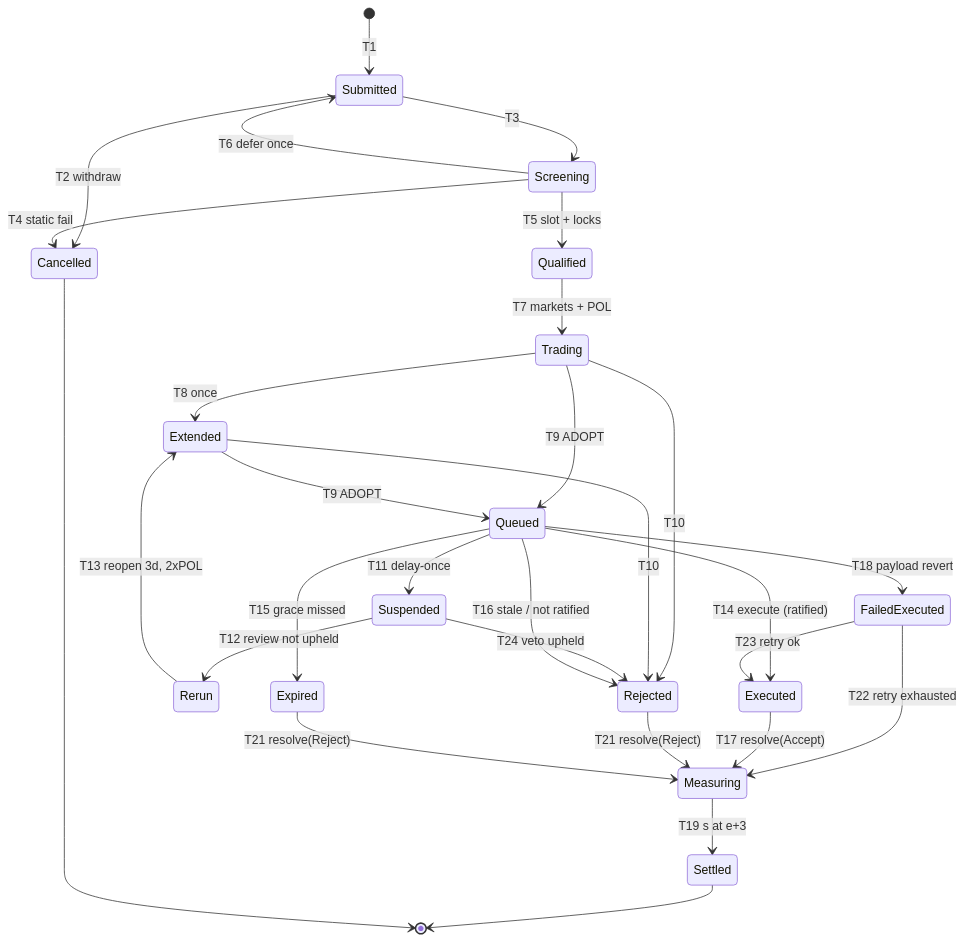
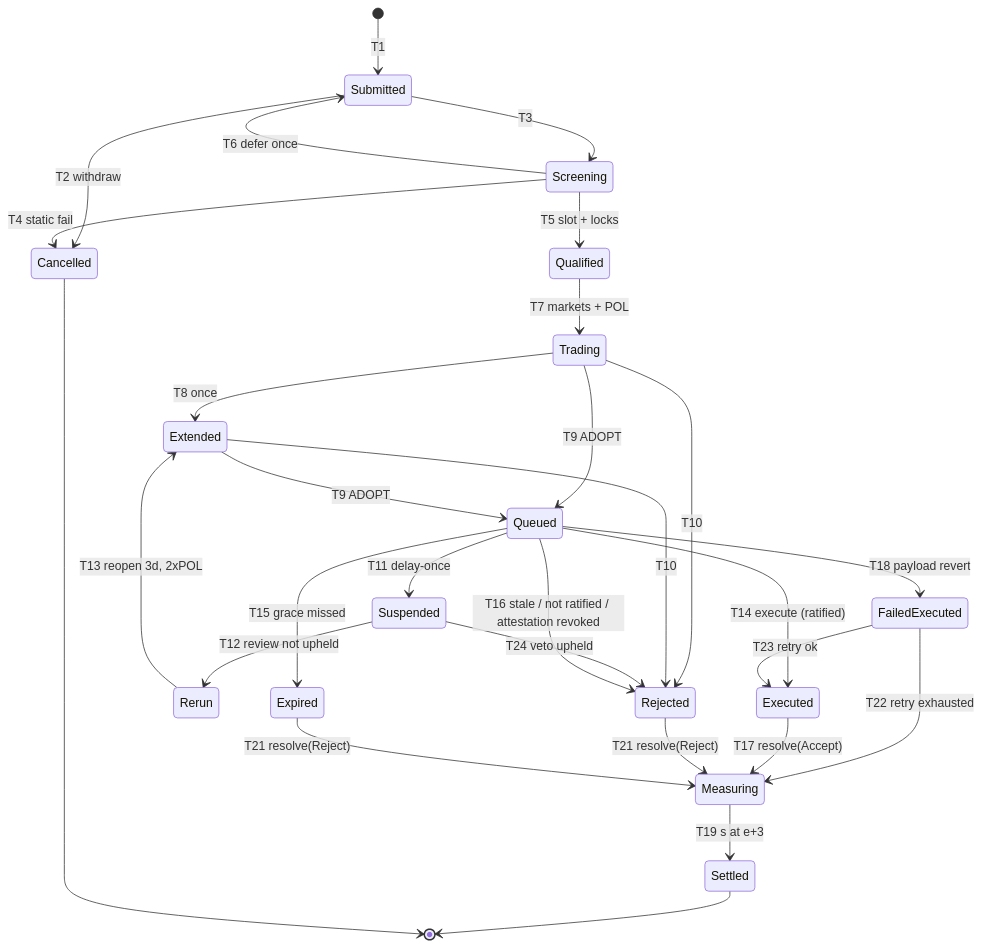
The diagram in docs/architecture/05-welfare-and-decision-engine.md (Chralt98/bleevit), drawn with Mermaid before and after one commit. The commit also changed other lines of this file and 4 other files, not shown here.

````diff
--- a/docs/architecture/05-welfare-and-decision-engine.md
+++ b/docs/architecture/05-welfare-and-decision-engine.md
@@ -114,31 +114,31 @@
 ```mermaid
 stateDiagram-v2
     [*] --> Submitted: T1
     Submitted --> Cancelled: T2 withdraw
     Submitted --> Screening: T3
     Screening --> Cancelled: T4 static fail
     Screening --> Submitted: T6 defer once
     Screening --> Qualified: T5 slot + locks
     Qualified --> Trading: T7 markets + POL
     Trading --> Extended: T8 once
     Trading --> Queued: T9 ADOPT
     Extended --> Queued: T9 ADOPT
     Trading --> Rejected: T10
     Extended --> Rejected: T10
     Queued --> Suspended: T11 delay-once
     Suspended --> Rerun: T12 review not upheld
     Suspended --> Rejected: T24 veto upheld
     Rerun --> Extended: T13 reopen 3d, 2xPOL
     Queued --> Executed: T14 execute (ratified)
     Queued --> Expired: T15 grace missed
-    Queued --> Rejected: T16 stale / not ratified
+    Queued --> Rejected: T16 stale / not ratified / attestation revoked
     Queued --> FailedExecuted: T18 payload revert
     FailedExecuted --> Executed: T23 retry ok
     FailedExecuted --> Measuring: T22 retry exhausted
     Executed --> Measuring: T17 resolve(Accept)
     Rejected --> Measuring: T21 resolve(Reject)
     Expired --> Measuring: T21 resolve(Reject)
     Measuring --> Settled: T19 s at e+3
     Settled --> [*]
     Cancelled --> [*]
 ```
````
